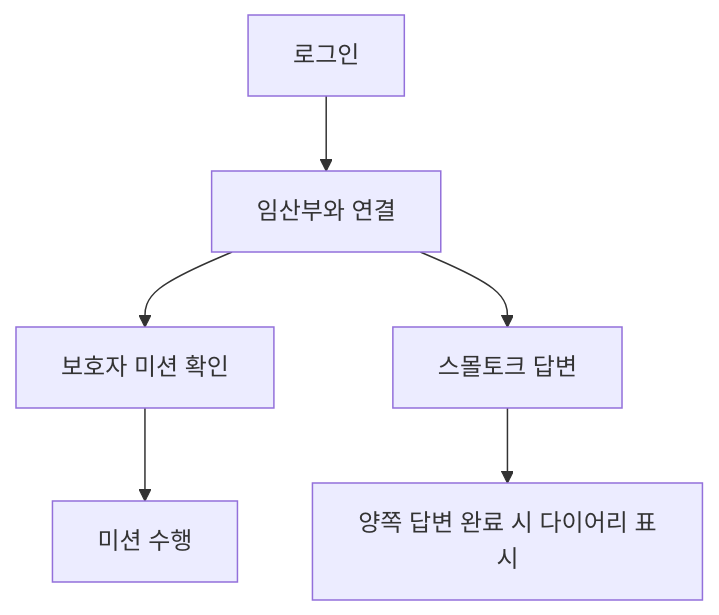
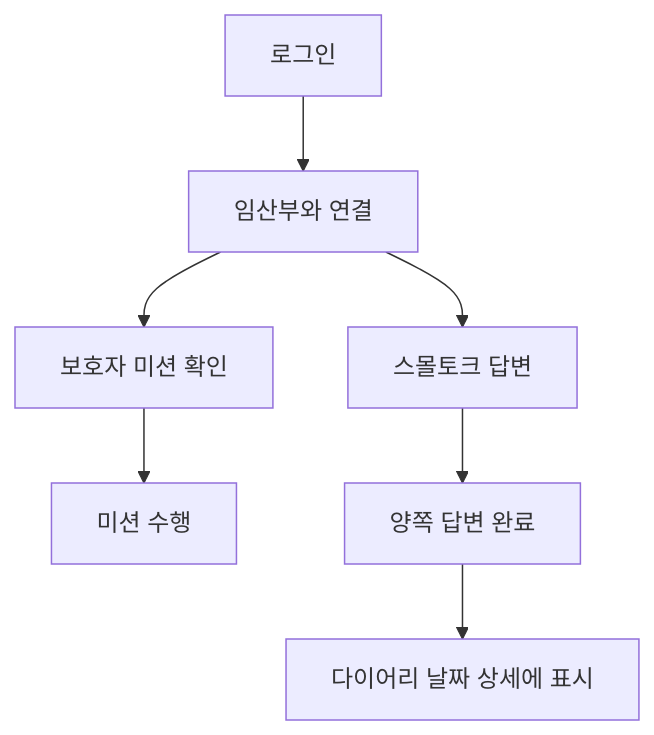
One commit to windycar/LG_E_DX_School-DX_Project changed the second of 3 diagrams in 화면설계서_작성가이드.md. Above: the diagram before and after it, drawn with Mermaid. The commit also changed other lines of this file and 2 other files, not shown here.

````diff
--- a/화면설계서_작성가이드.md
+++ b/화면설계서_작성가이드.md
@@ -189,8 +253,9 @@
 ```mermaid
 flowchart TD
     A["로그인"] --> B["임산부와 연결"]
     B --> C["보호자 미션 확인"]
     C --> D["미션 수행"]
     B --> E["스몰토크 답변"]
-    E --> F["양쪽 답변 완료 시 다이어리 표시"]
+    E --> F["양쪽 답변 완료"]
+    F --> G["다이어리 날짜 상세에 표시"]
 ```
````
